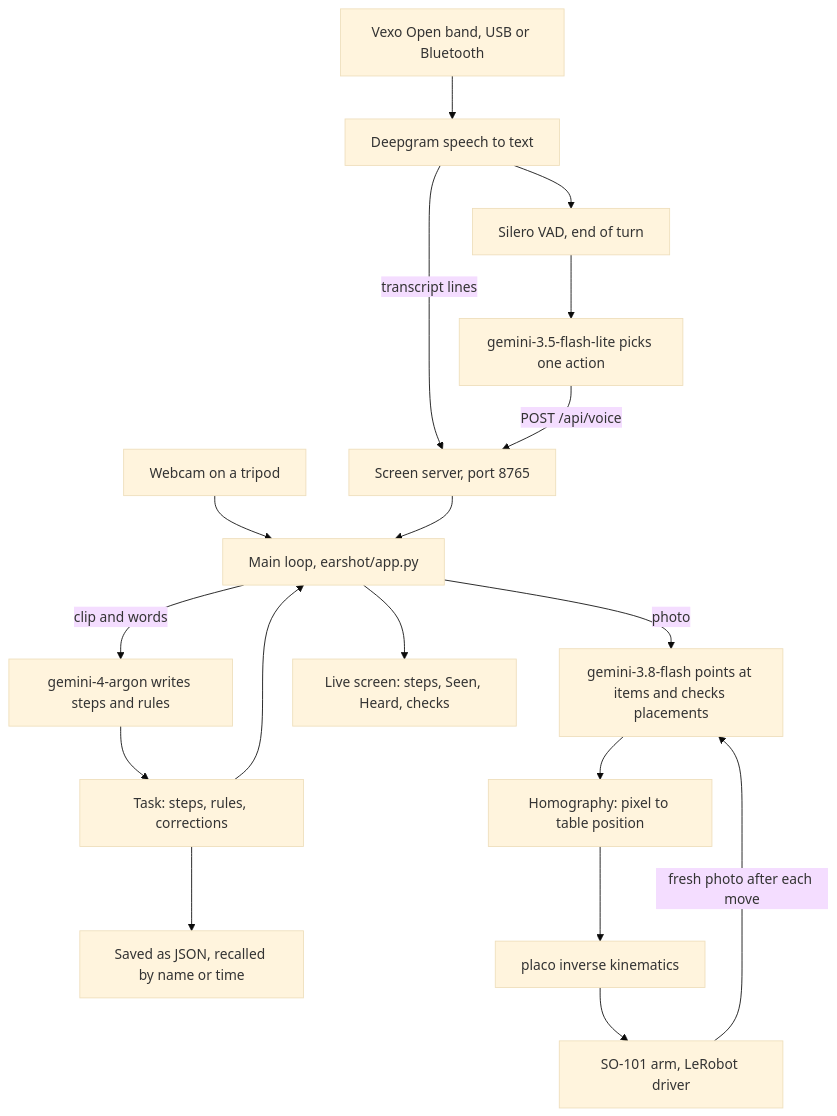
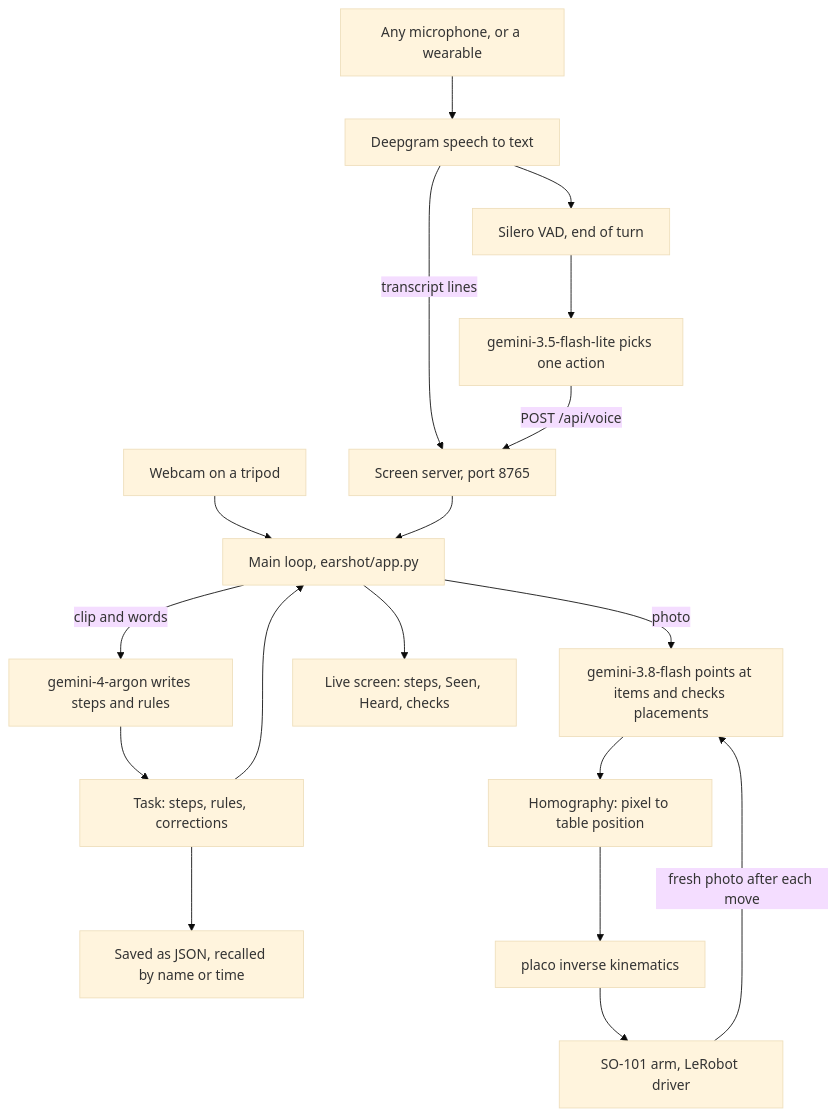
The diagram in README.md (MNS1007/earshot), drawn with Mermaid (base theme) before and after one commit. The commit also changed other lines of this file and 1 other file, not shown here.

````diff
--- a/README.md
+++ b/README.md
@@ -36,20 +57,20 @@
 ```mermaid
 flowchart TD
-    band["Vexo Open band, USB or Bluetooth"] --> stt["Deepgram speech to text"]
+    band["Any microphone, or a wearable"] --> stt["Deepgram speech to text"]
     stt --> vad["Silero VAD, end of turn"]
     vad --> pick["gemini-3.5-flash-lite picks one action"]
     stt -->|"transcript lines"| api
     pick -->|"POST /api/voice"| api["Screen server, port 8765"]
     cam["Webcam on a tripod"] --> app
     api --> app["Main loop, earshot/app.py"]
     app -->|"clip and words"| watch["gemini-4-argon writes steps and rules"]
     watch --> task["Task: steps, rules, corrections"]
     task --> store["Saved as JSON, recalled by name or time"]
     task --> app
     app -->|"photo"| point["gemini-3.8-flash points at items and checks placements"]
     point --> map["Homography: pixel to table position"]
     map --> ik["placo inverse kinematics"]
     ik --> arm["SO-101 arm, LeRobot driver"]
     arm -->|"fresh photo after each move"| point
     app --> screen["Live screen: steps, Seen, Heard, checks"]
 ```
````
